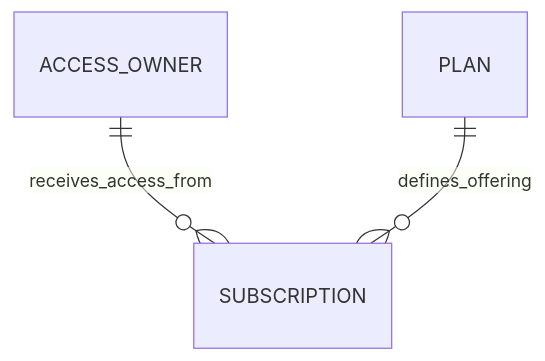
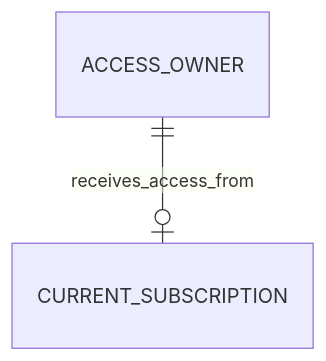
The fourth of 8 diagrams in MODELS.md (luiscaro3/applift), drawn with Mermaid before and after one commit. The commit also changed other lines of this file and 10 other files, not shown here.

````diff
--- a/MODELS.md
+++ b/MODELS.md
@@ -39,5 +39,4 @@
 ```mermaid
 erDiagram
-    ACCESS_OWNER ||--o{ SUBSCRIPTION : receives_access_from
-    PLAN ||--o{ SUBSCRIPTION : defines_offering
+    ACCESS_OWNER ||--o| CURRENT_SUBSCRIPTION : receives_access_from
 ```
````
